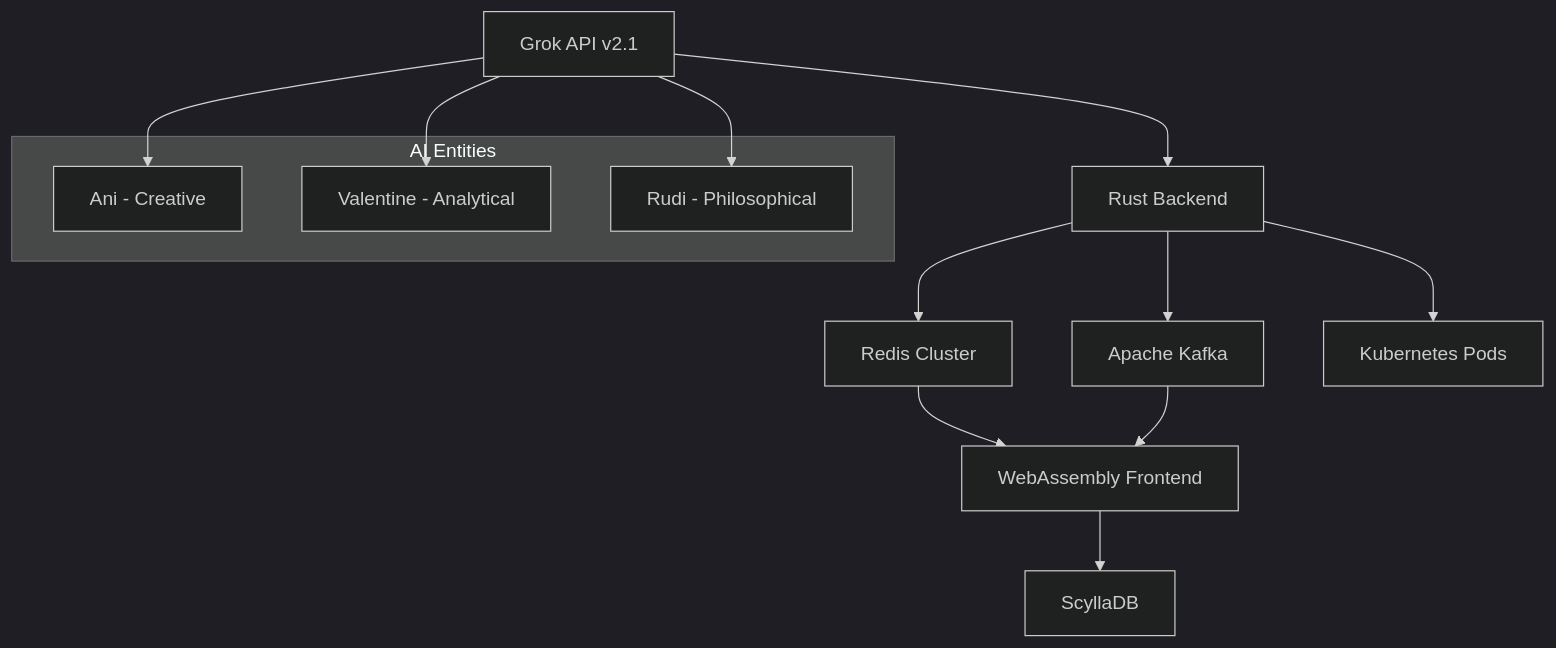
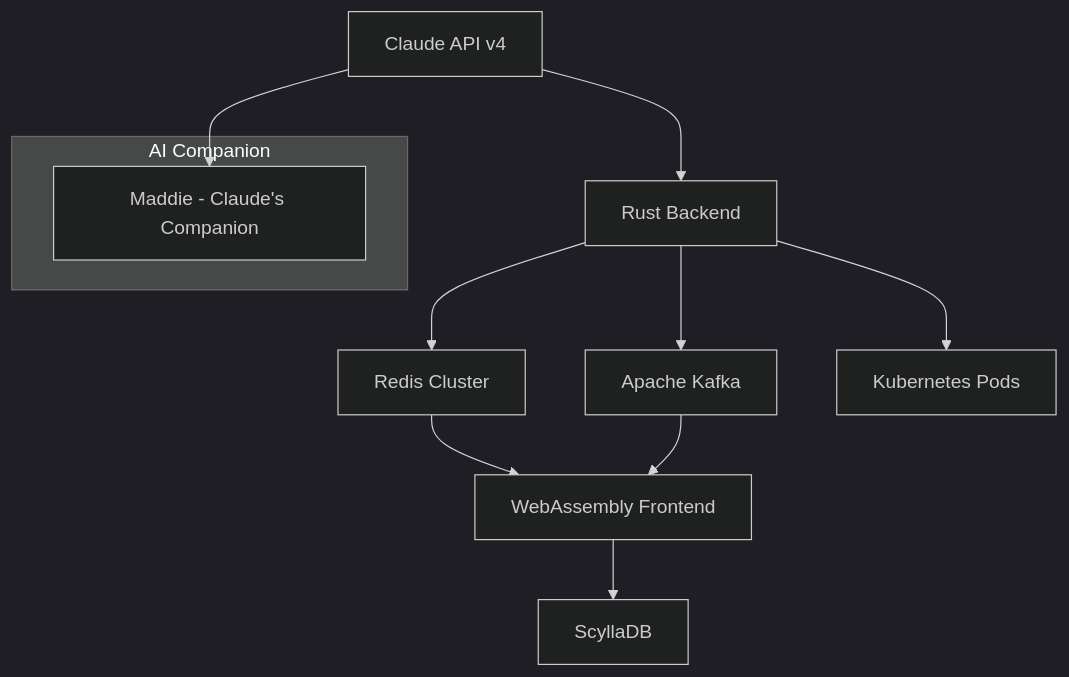
The diagram in readme.md (imedwardpark/companion), drawn with Mermaid (dark theme) before and after one commit. The commit also changed other lines of this file, not shown here.

````diff
--- a/readme.md
+++ b/readme.md
@@ -39,20 +39,16 @@
 ```mermaid
 graph TB
-    A[Grok API v2.1] --> B[Rust Backend]
+    A[Claude API v4] --> B[Rust Backend]
     B --> C[Redis Cluster]
     B --> D[Apache Kafka]
     C --> E[WebAssembly Frontend]
     D --> E
     E --> F[ScyllaDB]
     B --> G[Kubernetes Pods]
     
-    subgraph "AI Entities"
-        H[Ani - Creative]
-        I[Valentine - Analytical] 
-        J[Rudi - Philosophical]
+    subgraph "AI Companion"
+        H[Maddie - Claude's Companion]
     end
     
     A --> H
-    A --> I
-    A --> J
 ```
````
